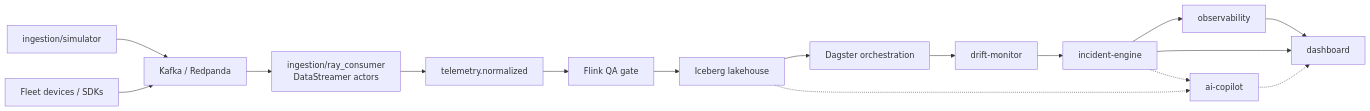
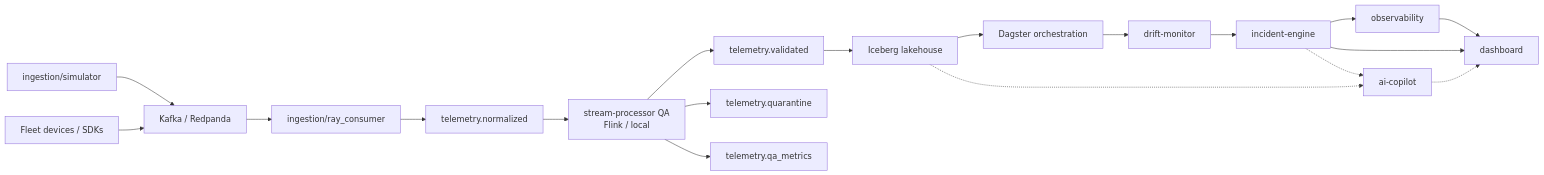
One commit to hamidmatiny/Argus changed the diagram in README.md. Above: the diagram before and after it, drawn with Mermaid. The commit also changed other lines of this file and 22 other files, not shown here.

Commit message:
PHASE 3: Stream Processing & Data-Quality Gate

````diff
--- a/README.md
+++ b/README.md
@@ -7,18 +7,21 @@
 ```mermaid
 flowchart LR
   Sim["ingestion/simulator"] --> Kafka["Kafka / Redpanda"]
   Devices["Fleet devices / SDKs"] --> Kafka
-  Kafka --> Ray["ingestion/ray_consumer<br/>DataStreamer actors"]
-  Ray --> NormTopic["telemetry.normalized"]
-  NormTopic --> Flink["Flink QA gate"]
-  Flink --> Iceberg["Iceberg lakehouse"]
+  Kafka --> Ray["ingestion/ray_consumer"]
+  Ray --> Norm["telemetry.normalized"]
+  Norm --> QA["stream-processor QA<br/>Flink / local"]
+  QA --> Val["telemetry.validated"]
+  QA --> Quar["telemetry.quarantine"]
+  QA --> Metrics["telemetry.qa_metrics"]
+  Val --> Iceberg["Iceberg lakehouse"]
   Iceberg --> Dagster["Dagster orchestration"]
   Dagster --> Drift["drift-monitor"]
   Drift --> Incidents["incident-engine"]
   Incidents --> OTel["observability"]
   OTel --> UI["dashboard"]
   Incidents --> UI
   Iceberg -.-> Copilot["ai-copilot"]
   Incidents -.-> Copilot
   Copilot -.-> UI
 ```
````
